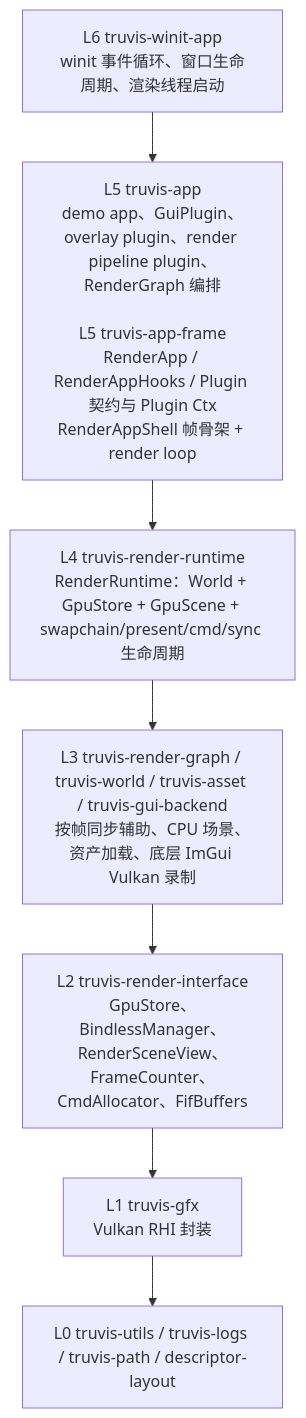
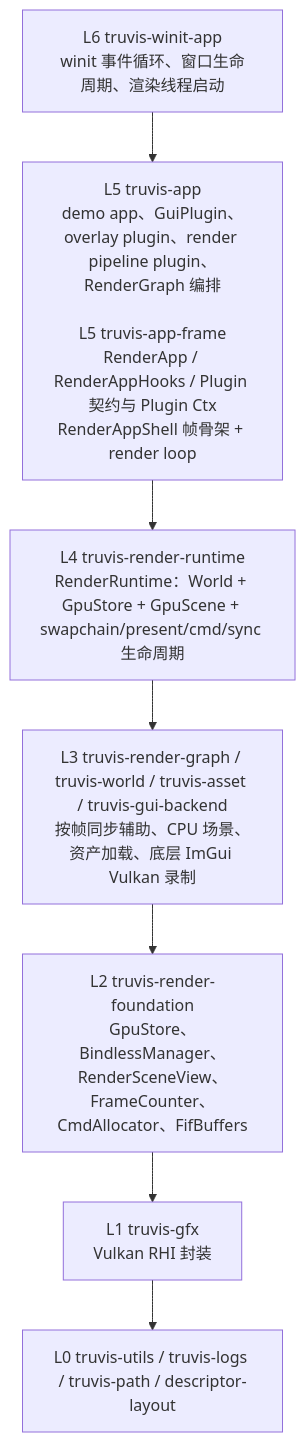
One commit to acccoco/TruvisRenderer changed the first of 7 diagrams in ARCHITECTURE.md. Above: the diagram before and after it, drawn with Mermaid. The commit also changed other lines of this file and 61 other files, not shown here.

````diff
--- a/ARCHITECTURE.md
+++ b/ARCHITECTURE.md
@@ -9,12 +9,12 @@
 ```mermaid
 flowchart TB
     L6["L6 truvis-winit-app<br/>winit 事件循环、窗口生命周期、渲染线程启动"]
     L5["L5 truvis-app<br/>demo app、GuiPlugin、overlay plugin、render pipeline plugin、RenderGraph 编排<br/><br/>L5 truvis-app-frame<br/>RenderApp / RenderAppHooks / Plugin 契约与 Plugin Ctx<br/>RenderAppShell 帧骨架 + render loop"]
     L4["L4 truvis-render-runtime<br/>RenderRuntime：World + GpuStore + GpuScene + swapchain/present/cmd/sync 生命周期"]
     L3["L3 truvis-render-graph / truvis-world / truvis-asset / truvis-gui-backend<br/>按帧同步辅助、CPU 场景、资产加载、底层 ImGui Vulkan 录制"]
-    L2["L2 truvis-render-interface<br/>GpuStore、BindlessManager、RenderSceneView、FrameCounter、CmdAllocator、FifBuffers"]
+    L2["L2 truvis-render-foundation<br/>GpuStore、BindlessManager、RenderSceneView、FrameCounter、CmdAllocator、FifBuffers"]
     L1["L1 truvis-gfx<br/>Vulkan RHI 封装"]
     L0["L0 truvis-utils / truvis-logs / truvis-path / descriptor-layout"]
 
     L6 --> L5 --> L4 --> L3 --> L2 --> L1 --> L0
 ```
````
